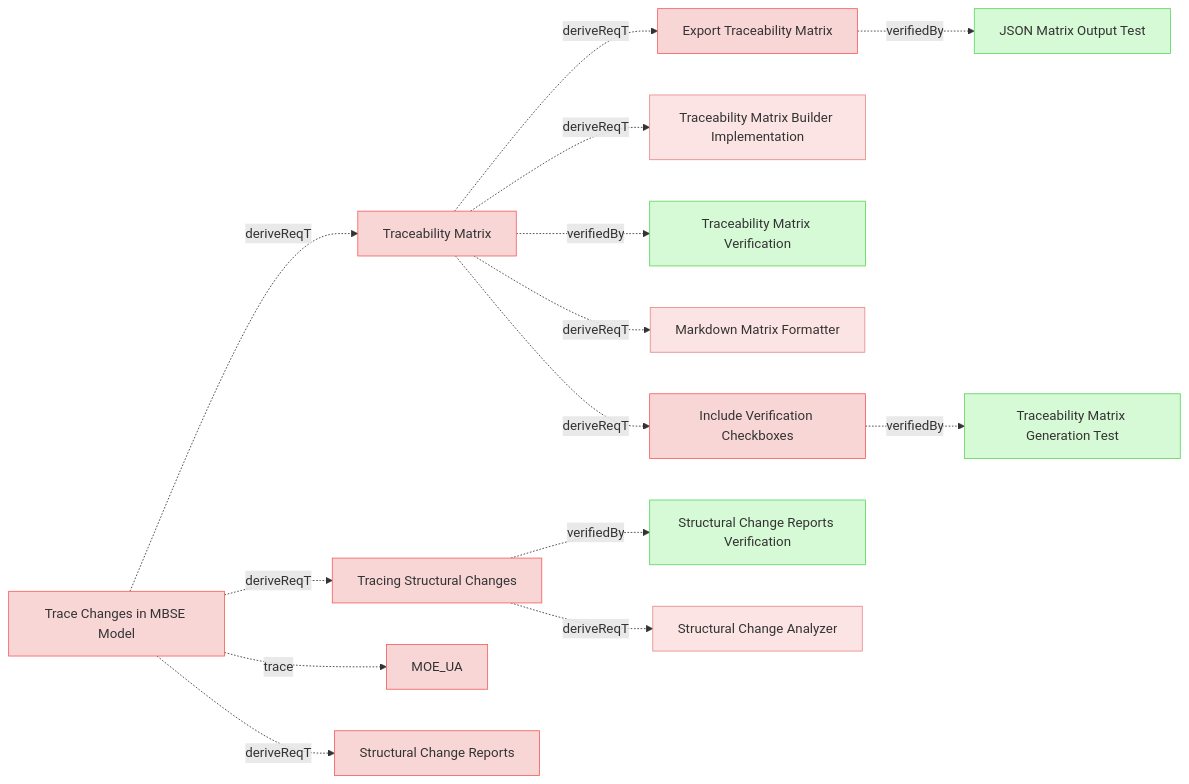
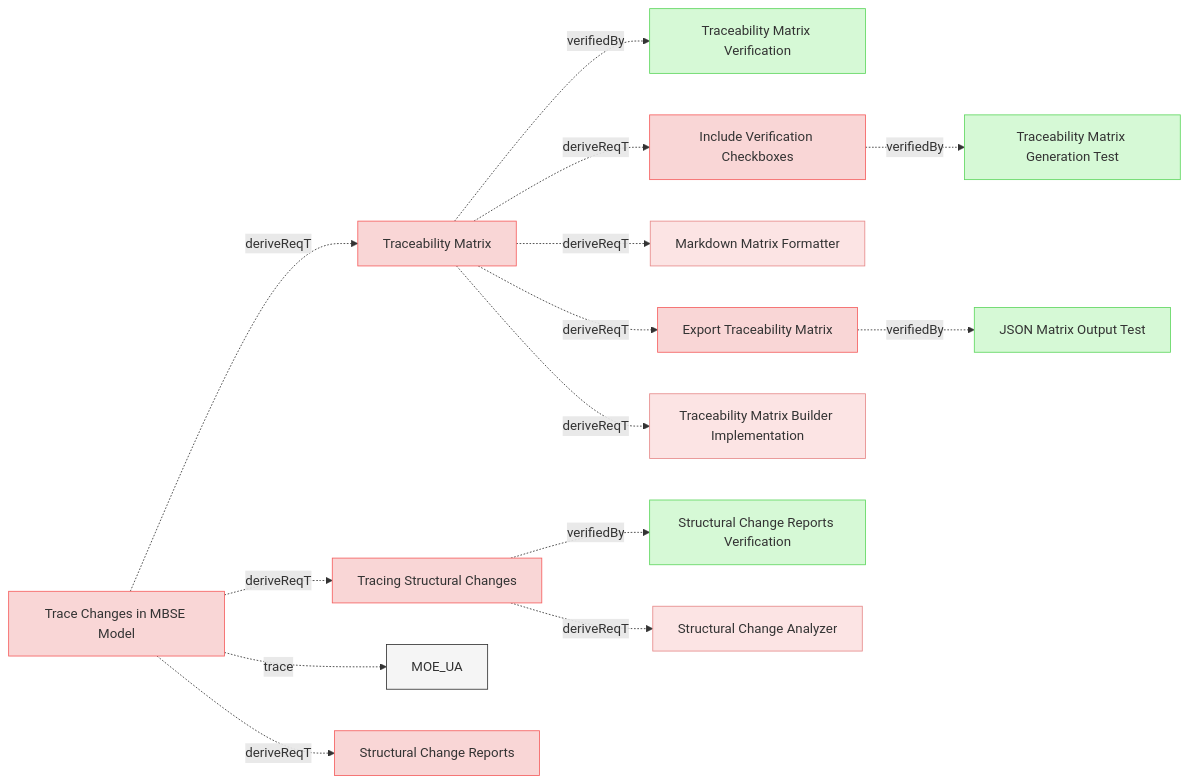
The sixth of 9 diagrams in specifications/UserRequirements.md (reqvire-org/reqvire), drawn with Mermaid before and after one commit. The commit also changed other lines of this file and 17 other files, not shown here.

````diff
--- a/specifications/UserRequirements.md
+++ b/specifications/UserRequirements.md
@@ -818,65 +827,65 @@
 ```mermaid
 graph LR;
   %% REQVIRE-AUTOGENERATED-DIAGRAM
   %% Graph styling
   classDef userRequirement fill:#f9d6d6,stroke:#f55f5f,stroke-width:1px;
   classDef systemRequirement fill:#fce4e4,stroke:#e68a8a,stroke-width:1px;
   classDef verification fill:#d6f9d6,stroke:#5fd75f,stroke-width:1px;
   classDef default fill:#f5f5f5,stroke:#333333,stroke-width:1px;
 
+  4e30ea0930dc9c26["Traceability Matrix"];
+  class 4e30ea0930dc9c26 userRequirement;
+  click 4e30ea0930dc9c26 "UserRequirements.md#traceability-matrix";
+  11c3285e74c8d60b["Traceability Matrix Verification"];
+  class 11c3285e74c8d60b verification;
+  click 11c3285e74c8d60b "Verifications/ChangeImpactTests.md#traceability-matrix-verification";
+  4e30ea0930dc9c26 -.->|verifiedBy| 11c3285e74c8d60b;
+  6d32b919c82784b7["Include Verification Checkboxes"];
+  class 6d32b919c82784b7 userRequirement;
+  click 6d32b919c82784b7 "UserRequirements.md#include-verification-checkboxes";
+  4e30ea0930dc9c26 -.->|deriveReqT| 6d32b919c82784b7;
+  1b7491b67a792bc9["Markdown Matrix Formatter"];
+  class 1b7491b67a792bc9 systemRequirement;
+  click 1b7491b67a792bc9 "SystemRequirements/Requirements.md#markdown-matrix-formatter";
+  4e30ea0930dc9c26 -.->|deriveReqT| 1b7491b67a792bc9;
   7de9a55d6102af23["Export Traceability Matrix"];
   class 7de9a55d6102af23 userRequirement;
   click 7de9a55d6102af23 "UserRequirements.md#export-traceability-matrix";
-  50c290277850dd17["JSON Matrix Output Test"];
-  class 50c290277850dd17 verification;
-  click 50c290277850dd17 "Verifications/TreacibilityMatrix.md#json-matrix-output-test";
-  7de9a55d6102af23 -.->|verifiedBy| 50c290277850dd17;
-  4e30ea0930dc9c26["Traceability Matrix"];
-  class 4e30ea0930dc9c26 userRequirement;
-  click 4e30ea0930dc9c26 "UserRequirements.md#traceability-matrix";
+  4e30ea0930dc9c26 -.->|deriveReqT| 7de9a55d6102af23;
   b55d8517cd3e58["Traceability Matrix Builder Implementation"];
   class b55d8517cd3e58 systemRequirement;
   click b55d8517cd3e58 "SystemRequirements/Requirements.md#traceability-matrix-builder-implementation";
   4e30ea0930dc9c26 -.->|deriveReqT| b55d8517cd3e58;
-  4e30ea0930dc9c26 -.->|deriveReqT| 7de9a55d6102af23;
-  11c3285e74c8d60b["Traceability Matrix Verification"];
-  class 11c3285e74c8d60b verification;
-  click 11c3285e74c8d60b "Verifications/ChangeImpactTests.md#traceability-matrix-verification";
-  4e30ea0930dc9c26 -.->|verifiedBy| 11c3285e74c8d60b;
-  1b7491b67a792bc9["Markdown Matrix Formatter"];
-  class 1b7491b67a792bc9 systemRequirement;
-  click 1b7491b67a792bc9 "SystemRequirements/Requirements.md#markdown-matrix-formatter";
-  4e30ea0930dc9c26 -.->|deriveReqT| 1b7491b67a792bc9;
-  6d32b919c82784b7["Include Verification Checkboxes"];
-  class 6d32b919c82784b7 userRequirement;
-  click 6d32b919c82784b7 "UserRequirements.md#include-verification-checkboxes";
-  4e30ea0930dc9c26 -.->|deriveReqT| 6d32b919c82784b7;
   d7b7b13a5b8d96e1["Tracing Structural Changes"];
   class d7b7b13a5b8d96e1 userRequirement;
   click d7b7b13a5b8d96e1 "UserRequirements.md#tracing-structural-changes";
   b0e8adb6596a35e7["Structural Change Reports Verification"];
   class b0e8adb6596a35e7 verification;
   click b0e8adb6596a35e7 "Verifications/ChangeImpactTests.md#structural-change-reports-verification";
   d7b7b13a5b8d96e1 -.->|verifiedBy| b0e8adb6596a35e7;
   d34d7e14d2a235a2["Structural Change Analyzer"];
   class d34d7e14d2a235a2 systemRequirement;
   click d34d7e14d2a235a2 "SystemRequirements/Requirements.md#structural-change-analyzer";
   d7b7b13a5b8d96e1 -.->|deriveReqT| d34d7e14d2a235a2;
   aa85c85e7c41d899["Traceability Matrix Generation Test"];
   class aa85c85e7c41d899 verification;
   click aa85c85e7c41d899 "Verifications/TreacibilityMatrix.md#traceability-matrix-generation-test";
   6d32b919c82784b7 -.->|verifiedBy| aa85c85e7c41d899;
+  50c290277850dd17["JSON Matrix Output Test"];
+  class 50c290277850dd17 verification;
+  click 50c290277850dd17 "Verifications/TreacibilityMatrix.md#json-matrix-output-test";
+  7de9a55d6102af23 -.->|verifiedBy| 50c290277850dd17;
   5ef9c8ae19a9f55a["Trace Changes in MBSE Model"];
   class 5ef9c8ae19a9f55a userRequirement;
   click 5ef9c8ae19a9f55a "UserStories.md#trace-changes-in-mbse-model";
   2c5f30f14e792200["MOE_UA"];
-  class 2c5f30f14e792200 userRequirement;
+  class 2c5f30f14e792200 default;
   click 2c5f30f14e792200 "MOEs.md#moe_ua";
   5ef9c8ae19a9f55a -.->|trace| 2c5f30f14e792200;
+  5ef9c8ae19a9f55a -.->|deriveReqT| 4e30ea0930dc9c26;
+  5ef9c8ae19a9f55a -.->|deriveReqT| d7b7b13a5b8d96e1;
   1908501a80db5c46["Structural Change Reports"];
   class 1908501a80db5c46 userRequirement;
   click 1908501a80db5c46 "UserRequirements.md#structural-change-reports";
   5ef9c8ae19a9f55a -.->|deriveReqT| 1908501a80db5c46;
-  5ef9c8ae19a9f55a -.->|deriveReqT| 4e30ea0930dc9c26;
-  5ef9c8ae19a9f55a -.->|deriveReqT| d7b7b13a5b8d96e1;
 ```
````
